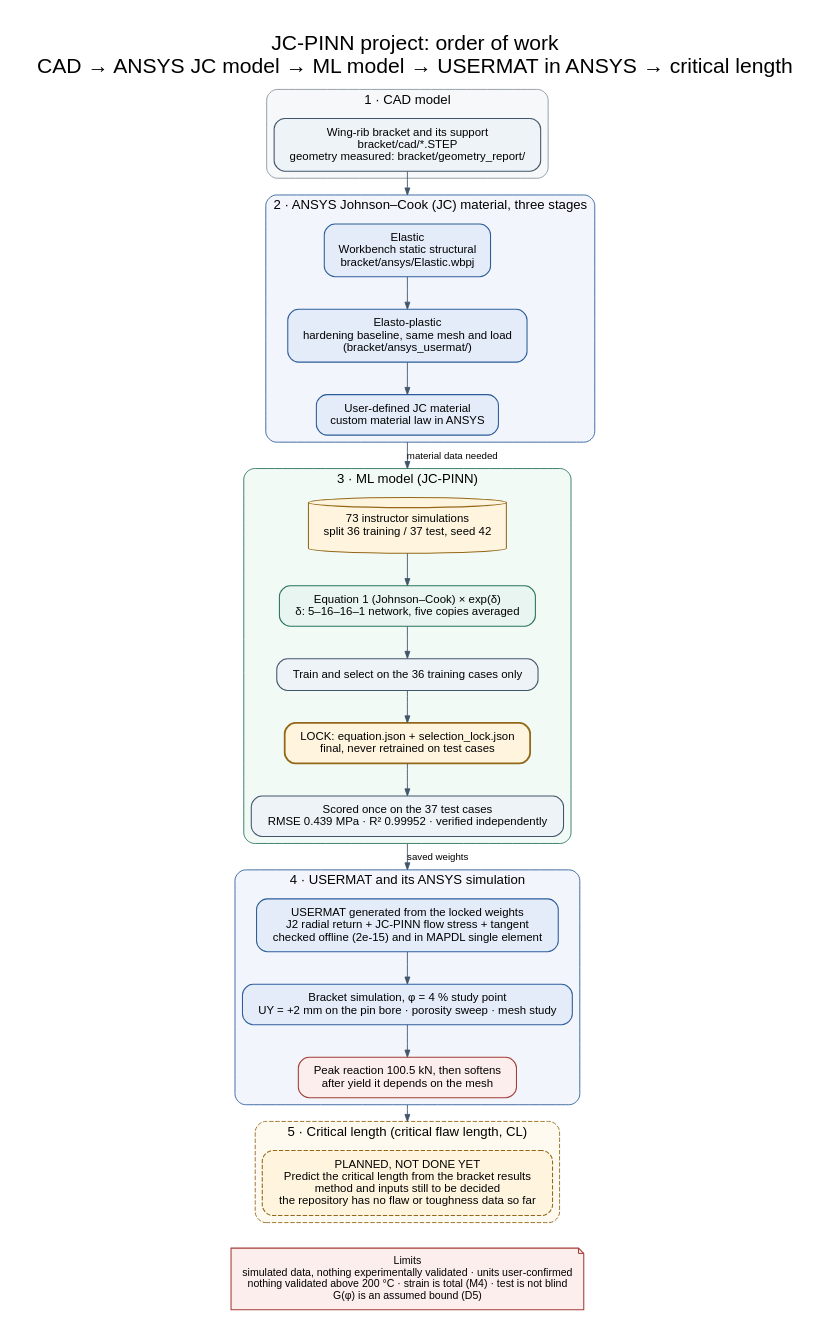
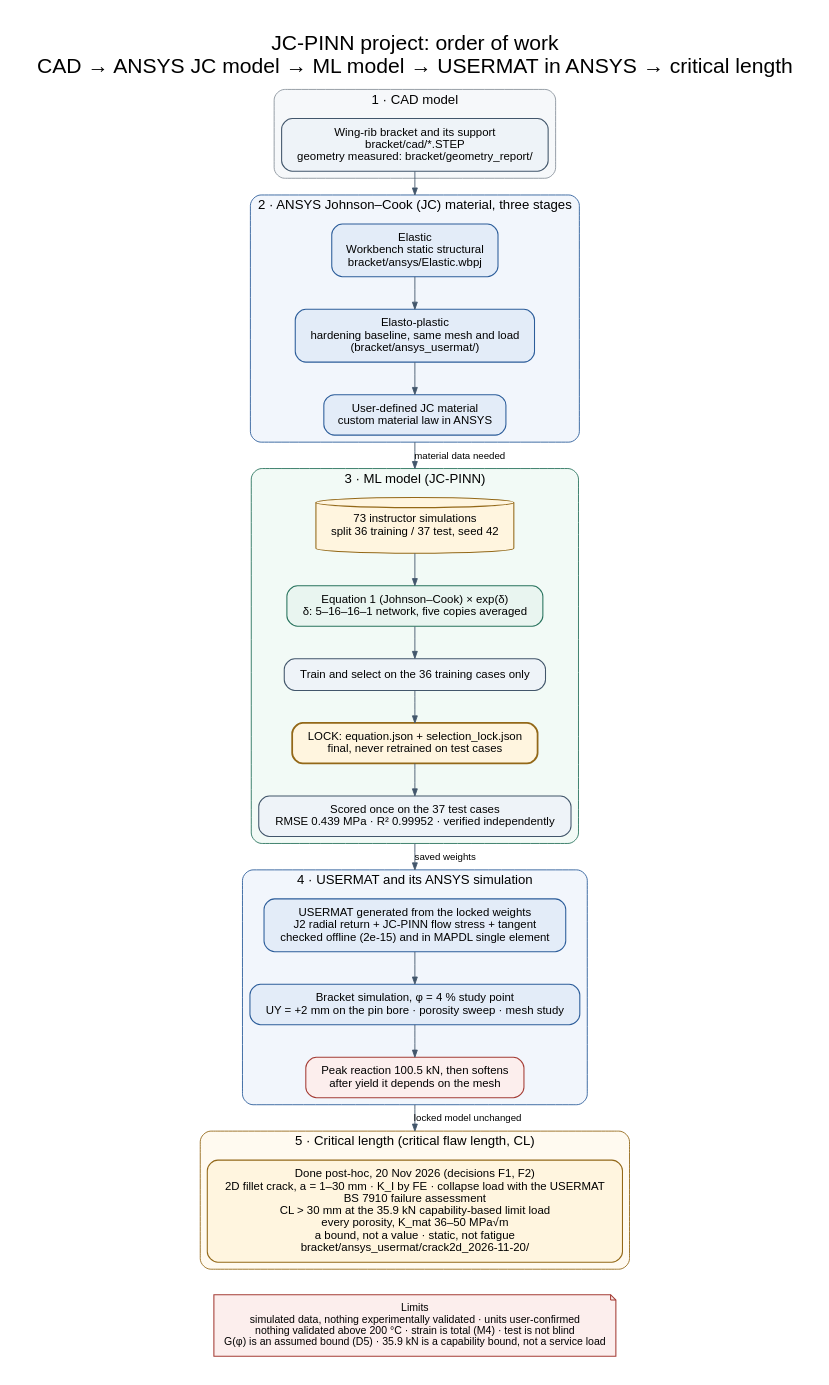
The diagram in docs/project-flowchart/project.dot (SaravananRamar06/MMM-ML), drawn with Graphviz before and after one commit. The commit also changed 7 other files, not shown here.

First line of the commit message:
Project flowcharts: show the critical flaw length as assessed

```diff
--- a/docs/project-flowchart/project.dot
+++ b/docs/project-flowchart/project.dot
@@ -1,49 +1,49 @@
 digraph PROJECT {
   graph [rankdir=TB, bgcolor="white", pad=0.35, nodesep=0.4, ranksep=0.5, compound=true, newrank=true,
     fontname="Arial", fontsize=24, labelloc=t,
     label="JC-PINN project: order of work\nCAD → ANSYS JC model → ML model → USERMAT in ANSYS → critical length"];
   node [shape=box, style="rounded,filled", fillcolor="#eef3f8", color="#42566b",
     fontname="Arial", fontsize=13, margin="0.18,0.12", penwidth=1.2];
   edge [fontname="Arial", fontsize=11, color="#42566b", arrowsize=0.8];
 
   subgraph cluster_cad { label="1 · CAD model"; style="rounded,filled"; fillcolor="#f6f8fa"; color="#8a939c"; fontname="Arial"; fontsize=15;
     cad [label="Wing-rib bracket and its support\nbracket/cad/*.STEP\ngeometry measured: bracket/geometry_report/"];
   }
 
   subgraph cluster_jc { label="2 · ANSYS Johnson–Cook (JC) material, three stages"; style="rounded,filled"; fillcolor="#f2f6fc"; color="#2c5d9a"; fontname="Arial"; fontsize=15;
     el [fillcolor="#e3ecf8", color="#2c5d9a", label="Elastic\nWorkbench static structural\nbracket/ansys/Elastic.wbpj"];
     ep [fillcolor="#e3ecf8", color="#2c5d9a", label="Elasto-plastic\nhardening baseline, same mesh and load\n(bracket/ansys_usermat/)"];
     ud [fillcolor="#e3ecf8", color="#2c5d9a", label="User-defined JC material\ncustom material law in ANSYS"];
     el -> ep -> ud;
   }
 
   subgraph cluster_ml { label="3 · ML model (JC-PINN)"; style="rounded,filled"; fillcolor="#f2faf6"; color="#28735d"; fontname="Arial"; fontsize=15;
     data [shape=cylinder, fillcolor="#fff5df", color="#936818", label="73 instructor simulations\nsplit 36 training / 37 test, seed 42"];
     model [fillcolor="#e9f5f0", color="#28735d", label="Equation 1 (Johnson–Cook) × exp(δ)\nδ: 5–16–16–1 network, five copies averaged"];
     sel [label="Train and select on the 36 training cases only"];
     lock [style="rounded,filled,bold", fillcolor="#fff5df", color="#936818", penwidth=2, label="LOCK: equation.json + selection_lock.json\nfinal, never retrained on test cases"];
     test [label="Scored once on the 37 test cases\nRMSE 0.439 MPa · R² 0.99952 · verified independently"];
     data -> model -> sel -> lock -> test;
   }
 
   subgraph cluster_um { label="4 · USERMAT and its ANSYS simulation"; style="rounded,filled"; fillcolor="#f2f6fc"; color="#2c5d9a"; fontname="Arial"; fontsize=15;
     um [fillcolor="#e3ecf8", color="#2c5d9a", label="USERMAT generated from the locked weights\nJ2 radial return + JC-PINN flow stress + tangent\nchecked offline (2e-15) and in MAPDL single element"];
     sim [fillcolor="#e3ecf8", color="#2c5d9a", label="Bracket simulation, φ = 4 % study point\nUY = +2 mm on the pin bore · porosity sweep · mesh study"];
     res [fillcolor="#fceeed", color="#a43d36", label="Peak reaction 100.5 kN, then softens\nafter yield it depends on the mesh"];
     um -> sim -> res;
   }
 
-  subgraph cluster_cl { label="5 · Critical length (critical flaw length, CL)"; style="rounded,dashed,filled"; fillcolor="#fffaf0"; color="#936818"; fontname="Arial"; fontsize=15;
-    cl [style="rounded,dashed,filled", fillcolor="#fff5df", color="#936818",
-      label="PLANNED, NOT DONE YET\nPredict the critical length from the bracket results\nmethod and inputs still to be decided\nthe repository has no flaw or toughness data so far"];
+  subgraph cluster_cl { label="5 · Critical length (critical flaw length, CL)"; style="rounded,filled"; fillcolor="#fffaf0"; color="#936818"; fontname="Arial"; fontsize=15;
+    cl [fillcolor="#fff5df", color="#936818",
+      label="Done post-hoc, 20 Nov 2026 (decisions F1, F2)\n2D fillet crack, a = 1–30 mm · K_I by FE · collapse load with the USERMAT\nBS 7910 failure assessment\nCL > 30 mm at the 35.9 kN capability-based limit load\nevery porosity, K_mat 36–50 MPa√m\na bound, not a value · static, not fatigue\nbracket/ansys_usermat/crack2d_2026-11-20/"];
   }
 
   limits [shape=note, fillcolor="#fceeed", color="#a43d36", fontsize=12,
-    label="Limits\nsimulated data, nothing experimentally validated · units user-confirmed\nnothing validated above 200 °C · strain is total (M4) · test is not blind\nG(φ) is an assumed bound (D5)"];
+    label="Limits\nsimulated data, nothing experimentally validated · units user-confirmed\nnothing validated above 200 °C · strain is total (M4) · test is not blind\nG(φ) is an assumed bound (D5) · 35.9 kN is a capability bound, not a service load"];
 
   cad -> el [lhead=cluster_jc];
   ud -> data [ltail=cluster_jc, lhead=cluster_ml, label="material data needed"];
   test -> um [ltail=cluster_ml, lhead=cluster_um, label="saved weights"];
-  res -> cl [ltail=cluster_um, lhead=cluster_cl];
+  res -> cl [ltail=cluster_um, lhead=cluster_cl, label="locked model unchanged"];
   cl -> limits [style=invis];
 }
```
